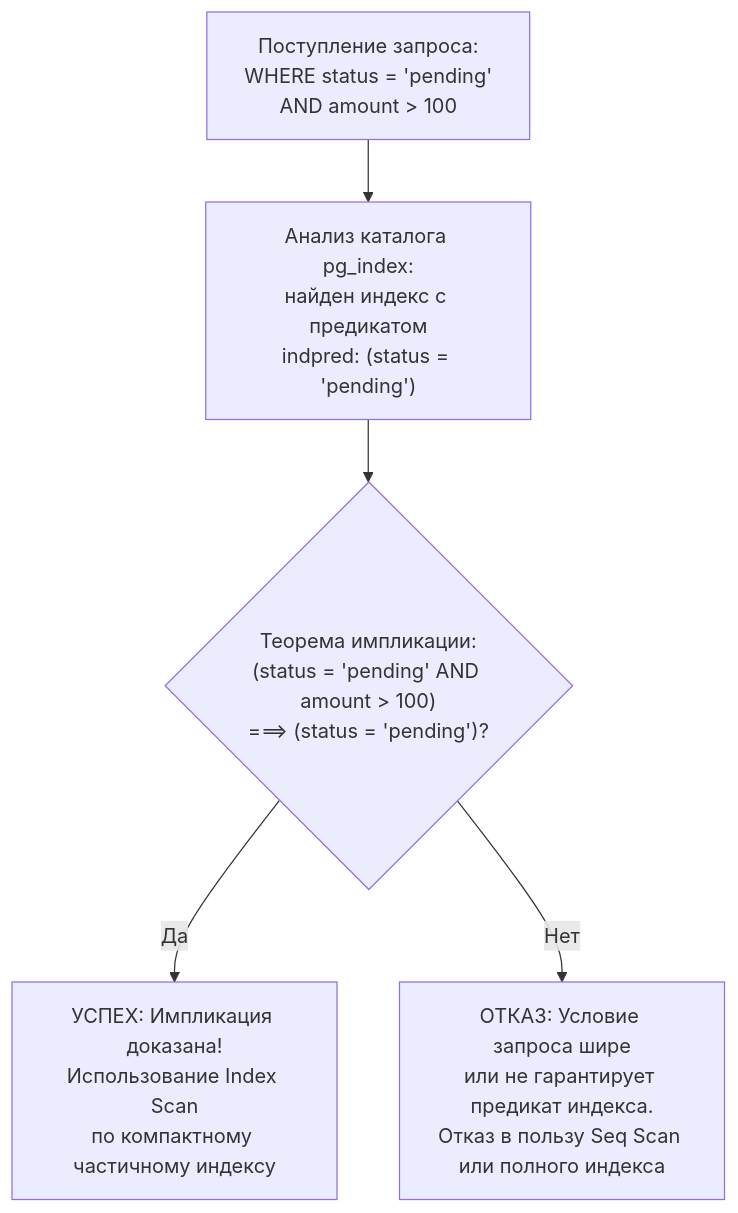
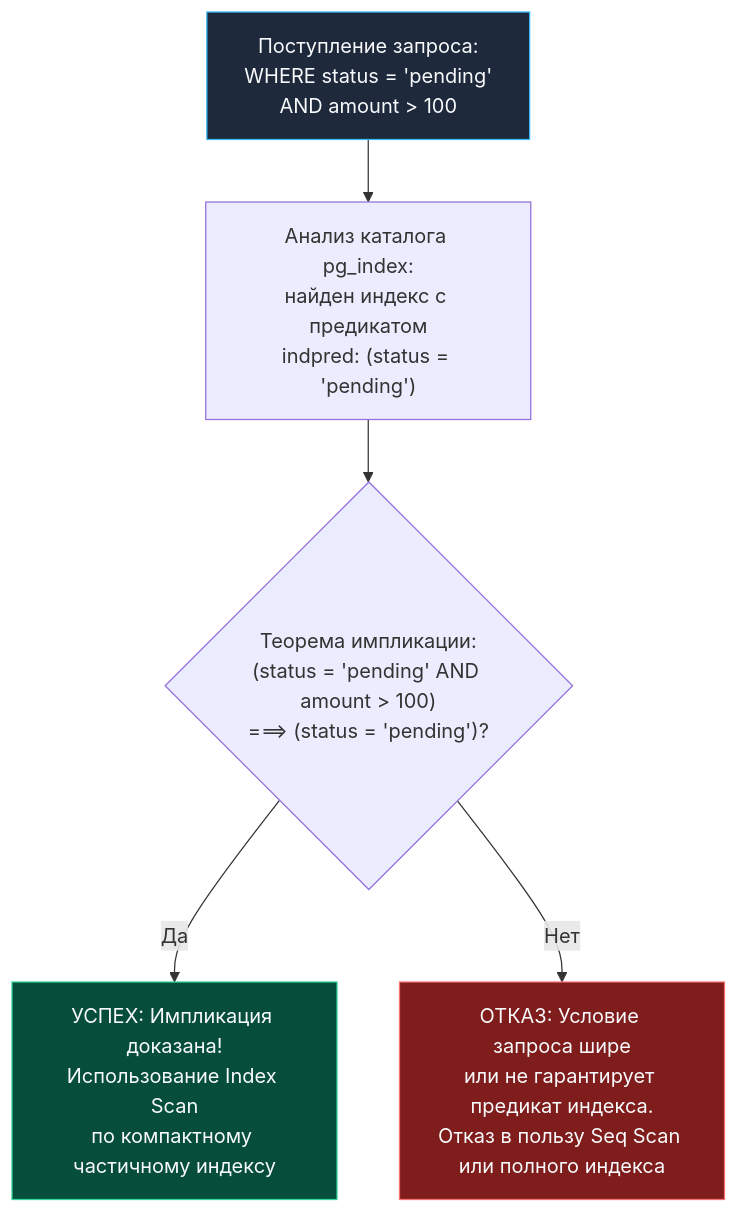
One commit to UnrealTemplier/go-textbook changed the diagram in sources/12. Базы данных/04. Индексы и производительность/7. Partial индекс.md. Above: the diagram before and after it, drawn with Mermaid. The commit also changed 1666 other files, not shown here.

First line of the commit message:
feat(mermaid): add semantic color classDef to 1369 colorless flowchart/graph diagrams

````diff
--- a/sources/12. Базы данных/04. Индексы и производительность/7. Partial индекс.md
+++ b/sources/12. Базы данных/04. Индексы и производительность/7. Partial индекс.md
@@ -204,14 +204,24 @@
 ```mermaid
 flowchart TD
-    Query["Поступление запроса:<br>WHERE status = 'pending'<br>AND amount > 100"]
+    classDef process  fill:#1e293b,stroke:#38bdf8,stroke-width:1px,color:#f8fafc
+    classDef success  fill:#064e3b,stroke:#34d399,stroke-width:1px,color:#f8fafc
+    classDef error    fill:#7f1d1d,stroke:#f87171,stroke-width:1px,color:#f8fafc
+    classDef warning  fill:#78350f,stroke:#fbbf24,stroke-width:1px,color:#f8fafc
+    classDef entry    fill:#1e3a5f,stroke:#38bdf8,stroke-width:2px,color:#f8fafc
+    classDef aux      fill:#334155,stroke:#64748b,stroke-width:1px,color:#f8fafc
+    classDef system   fill:#312e81,stroke:#a78bfa,stroke-width:1px,color:#f8fafc
+    classDef data     fill:#132d29,stroke:#2dd4bf,stroke-width:1px,color:#f8fafc
+    classDef network  fill:#881337,stroke:#fb7185,stroke-width:1px,color:#f8fafc
+    classDef accent   fill:#1e1b4b,stroke:#818cf8,stroke-width:1px,color:#f8fafc
+    Query["Поступление запроса:<br>WHERE status = 'pending'<br>AND amount > 100"]:::process
     CheckCatalog["Анализ каталога pg_index:<br>найден индекс с предикатом<br>indpred: (status = 'pending')"]
     Implication{"Теорема импликации:<br>(status = 'pending' AND amount > 100)<br>===> (status = 'pending')?"}
     
-    UseIdx["УСПЕХ: Импликация доказана!<br>Использование Index Scan<br>по компактному частичному индексу"]
-    IgnoreIdx["ОТКАЗ: Условие запроса шире<br>или не гарантирует предикат индекса.<br>Отказ в пользу Seq Scan или полного индекса"]
+    UseIdx["УСПЕХ: Импликация доказана!<br>Использование Index Scan<br>по компактному частичному индексу"]:::success
+    IgnoreIdx["ОТКАЗ: Условие запроса шире<br>или не гарантирует предикат индекса.<br>Отказ в пользу Seq Scan или полного индекса"]:::error
 
     Query --> CheckCatalog
     CheckCatalog --> Implication
     Implication -->|Да| UseIdx
     Implication -->|Нет| IgnoreIdx
 ```
````
